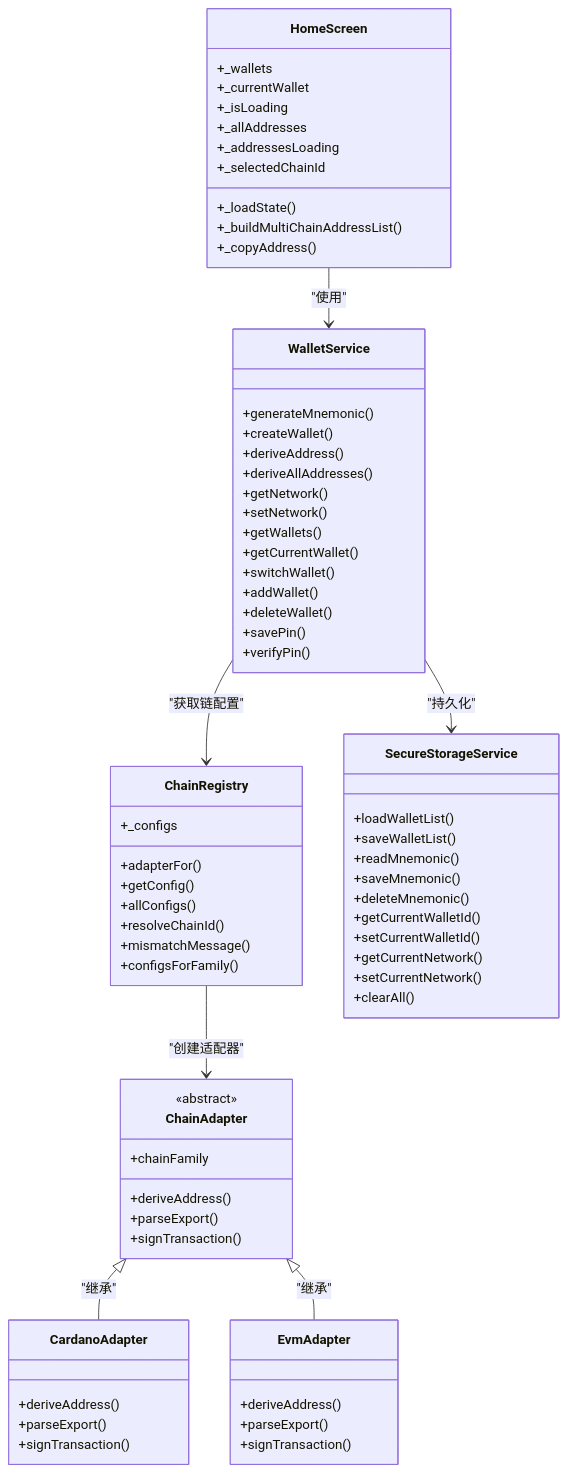
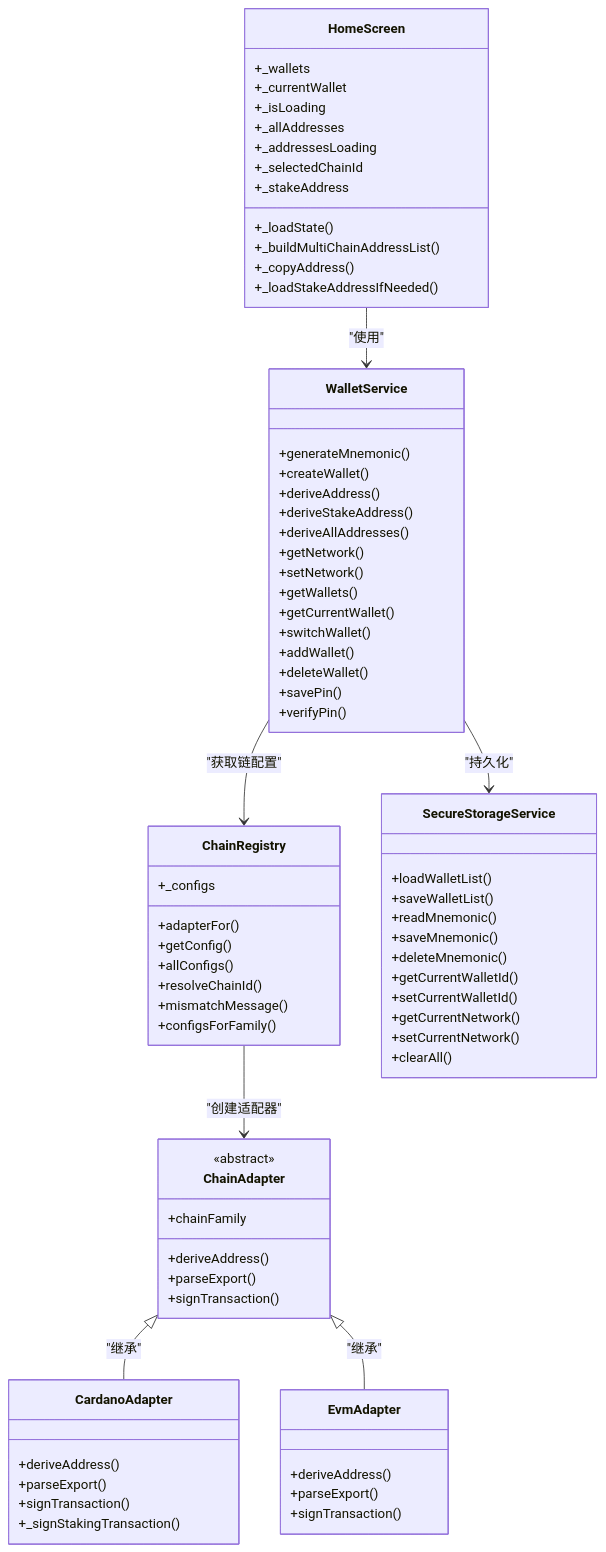
The fourth of 4 diagrams in .qoder/repowiki/zh/content/用户界面/冷钱包App界面/首页界面.md (EqualToEthan/stasis), drawn with Mermaid before and after one commit. The commit also changed other lines of this file and 60 other files, not shown here.

````diff
--- a/.qoder/repowiki/zh/content/用户界面/冷钱包App界面/首页界面.md
+++ b/.qoder/repowiki/zh/content/用户界面/冷钱包App界面/首页界面.md
@@ -379,73 +409,77 @@
 ```mermaid
 classDiagram
 class HomeScreen {
 +_wallets
 +_currentWallet
 +_isLoading
 +_allAddresses
 +_addressesLoading
 +_selectedChainId
++_stakeAddress
 +_loadState()
 +_buildMultiChainAddressList()
 +_copyAddress()
++_loadStakeAddressIfNeeded()
 }
 class WalletService {
 +generateMnemonic()
 +createWallet()
 +deriveAddress()
++deriveStakeAddress()
 +deriveAllAddresses()
 +getNetwork()
 +setNetwork()
 +getWallets()
 +getCurrentWallet()
 +switchWallet()
 +addWallet()
 +deleteWallet()
 +savePin()
 +verifyPin()
 }
 class ChainRegistry {
 +_configs
 +adapterFor()
 +getConfig()
 +allConfigs()
 +resolveChainId()
 +mismatchMessage()
 +configsForFamily()
 }
 class ChainAdapter {
 <<abstract>>
 +chainFamily
 +deriveAddress()
 +parseExport()
 +signTransaction()
 }
 class CardanoAdapter {
 +deriveAddress()
 +parseExport()
 +signTransaction()
++_signStakingTransaction()
 }
 class EvmAdapter {
 +deriveAddress()
 +parseExport()
 +signTransaction()
 }
 class SecureStorageService {
 +loadWalletList()
 +saveWalletList()
 +readMnemonic()
 +saveMnemonic()
 +deleteMnemonic()
 +getCurrentWalletId()
 +setCurrentWalletId()
 +getCurrentNetwork()
 +setCurrentNetwork()
 +clearAll()
 }
 HomeScreen --> WalletService : "使用"
 WalletService --> ChainRegistry : "获取链配置"
 ChainRegistry --> ChainAdapter : "创建适配器"
 ChainAdapter <|-- CardanoAdapter : "继承"
 ChainAdapter <|-- EvmAdapter : "继承"
 WalletService --> SecureStorageService : "持久化"
 ```
````
